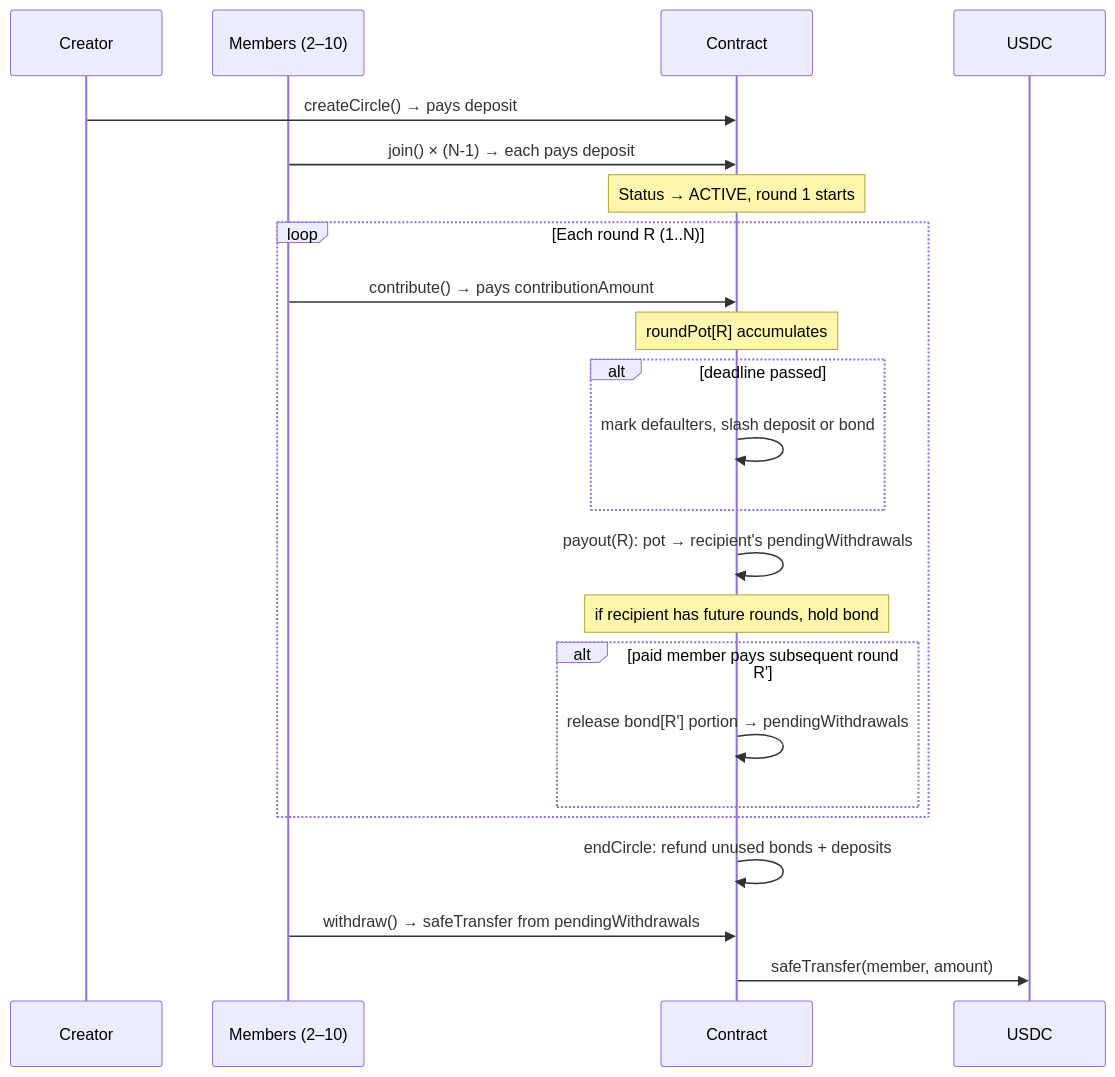
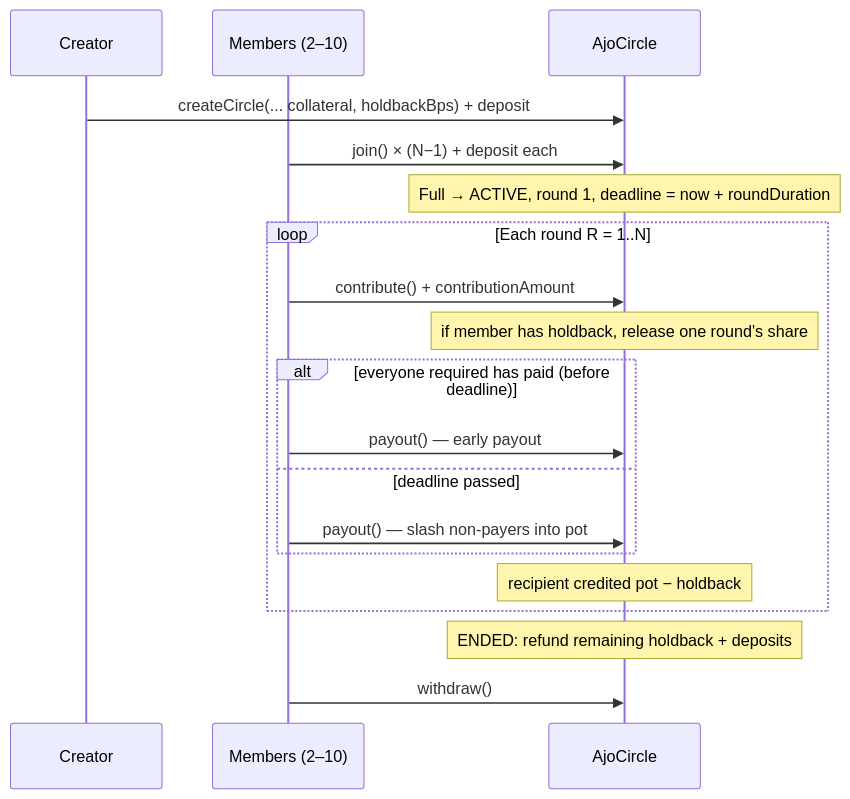
Before and after one commit to Baheet18/ajo: the diagram in contracts/AjoCircle-design.md, drawn with Mermaid. The commit also changed other lines of this file and 4 other files, not shown here.

First line of the commit message:
Update docs for v5 contract and Privy; drop unused ConnectKit

````diff
--- a/contracts/AjoCircle-design.md
+++ b/contracts/AjoCircle-design.md
@@ -113,26 +83,22 @@
 ```mermaid
 sequenceDiagram
     participant C as Creator
     participant M as Members (2–10)
-    participant K as Contract
-    participant U as USDC
+    participant K as AjoCircle
 
-    C->>K: createCircle() → pays deposit
-    M->>K: join() × (N-1) → each pays deposit
-    Note over K: Status → ACTIVE, round 1 starts
-    loop Each round R (1..N)
-        M->>K: contribute() → pays contributionAmount
-        Note over K: roundPot[R] accumulates
-        alt deadline passed
-            K->>K: mark defaulters, slash deposit or bond
+    C->>K: createCircle(... collateral, holdbackBps) + deposit
+    M->>K: join() × (N−1) + deposit each
+    Note over K: Full → ACTIVE, round 1, deadline = now + roundDuration
+    loop Each round R = 1..N
+        M->>K: contribute() + contributionAmount
+        Note over K: if member has holdback, release one round's share
+        alt everyone required has paid (before deadline)
+            M->>K: payout() — early payout
+        else deadline passed
+            M->>K: payout() — slash non-payers into pot
         end
-        K->>K: payout(R): pot → recipient's pendingWithdrawals
-        Note over K: if recipient has future rounds, hold bond
-        alt paid member pays subsequent round R'
-            K->>K: release bond[R'] portion → pendingWithdrawals
-        end
+        Note over K: recipient credited pot − holdback
     end
-    K->>K: endCircle: refund unused bonds + deposits
-    M->>K: withdraw() → safeTransfer from pendingWithdrawals
-    K->>U: safeTransfer(member, amount)
+    Note over K: ENDED: refund remaining holdback + deposits
+    M->>K: withdraw()
 ```
````
